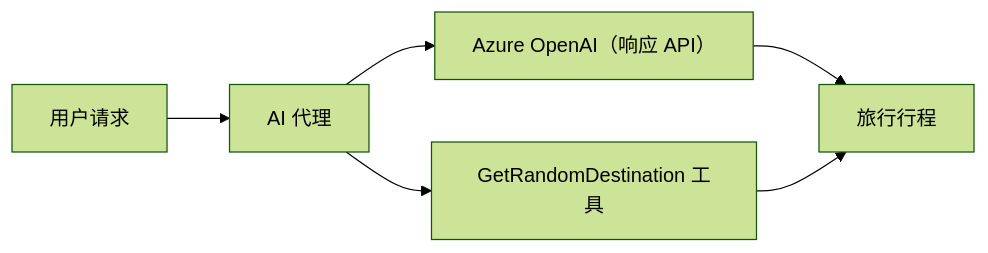
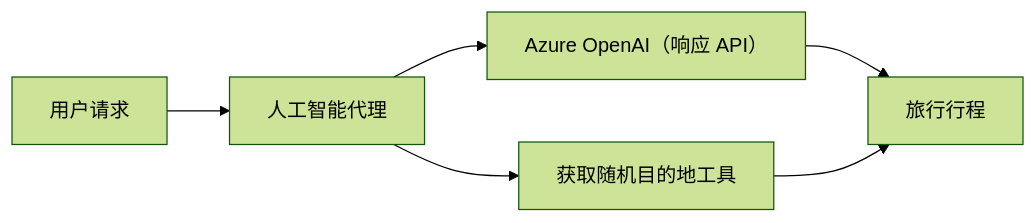
Before and after one commit to venturemavenwill/azureaifundamentals: the diagram in translations/zh-CN/01-intro-to-ai-agents/code_samples/01-dotnet-agent-framework.md, drawn with Mermaid (forest theme). The commit also changed other lines of this file and 2002 other files, not shown here.

````diff
--- a/translations/zh-CN/01-intro-to-ai-agents/code_samples/01-dotnet-agent-framework.md
+++ b/translations/zh-CN/01-intro-to-ai-agents/code_samples/01-dotnet-agent-framework.md
@@ -32,8 +32,8 @@
 ```mermaid
 graph LR
-    A[用户请求] --> B[AI 代理]
+    A[用户请求] --> B[人工智能代理]
     B --> C[Azure OpenAI（响应 API）]
-    B --> D[GetRandomDestination 工具]
+    B --> D[获取随机目的地工具]
     C --> E[旅行行程]
     D --> E
 ```
````
